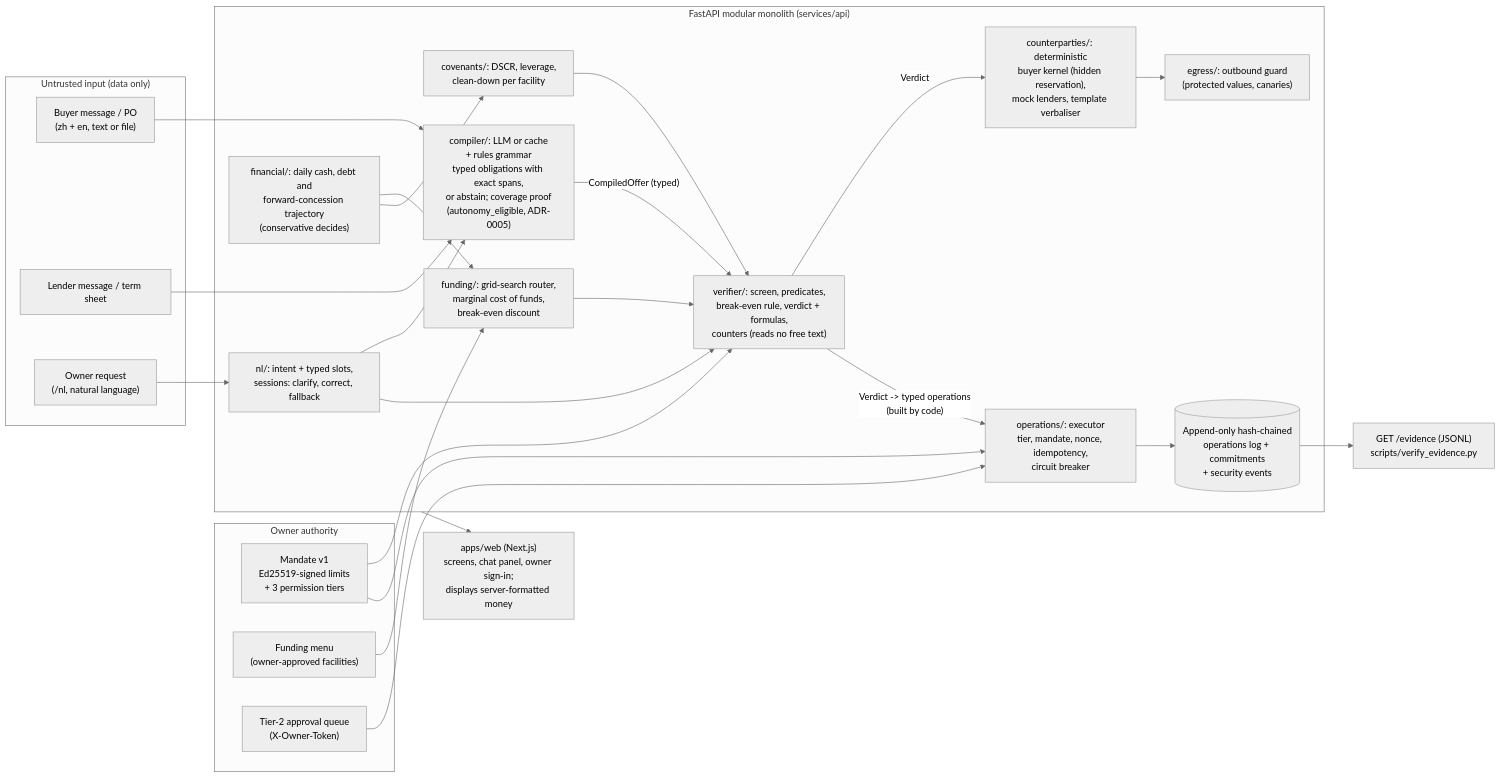
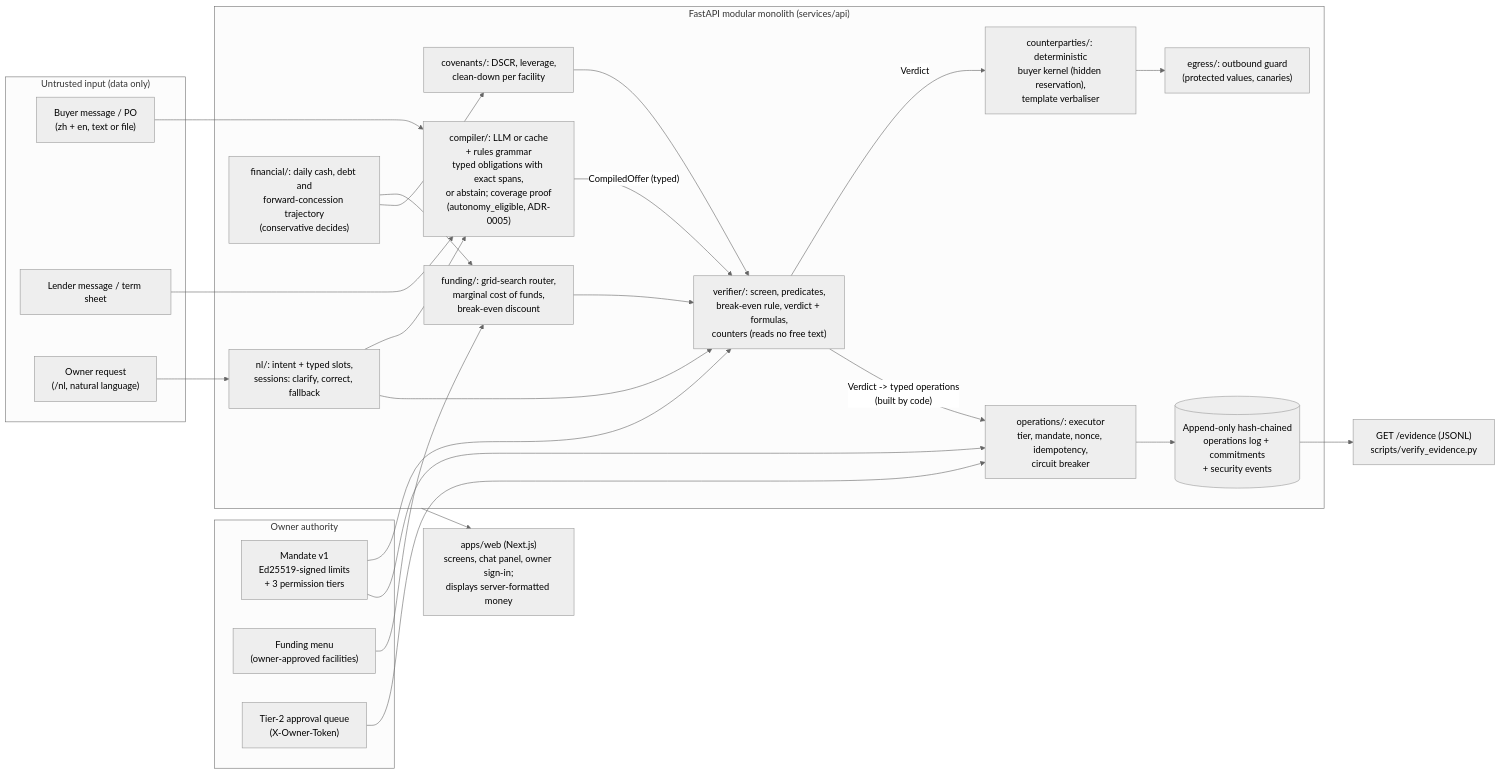
One commit to peachoolongtee/smu2sz changed the diagram in docs/deliverables/architecture.mmd. Above: the diagram before and after it, drawn with Mermaid (neutral theme). The commit also changed 7 other files, not shown here.

Commit message:
Deliverables follow the cash-corrected figures: technical document, deck outline, video script, execution evidence, architecture diagram, docx rebuilt

```diff
--- a/docs/deliverables/architecture.mmd
+++ b/docs/deliverables/architecture.mmd
@@ -1,53 +1,53 @@
 %% TermsLedger v2: system architecture (source for the Technical Document, section 02).
 %% Render: npx -p @mermaid-js/mermaid-cli mmdc -i architecture.mmd -o architecture.png -w 2000
 %% scripts/build_deliverables.py embeds docs/deliverables/architecture.png when it exists;
 %% otherwise it uses the ASCII fallback in technical_document.md.
 flowchart LR
   subgraph Untrusted["Untrusted input (data only)"]
     BUYER["Buyer message / PO<br/>(zh + en, text or file)"]
     LENDER["Lender message / term sheet"]
     OWNERNL["Owner request<br/>(/nl, natural language)"]
   end
 
   subgraph Owner["Owner authority"]
     MANDATE["Mandate v1<br/>Ed25519-signed limits<br/>+ 3 permission tiers"]
     MENU["Funding menu<br/>(owner-approved facilities)"]
     APPROVE["Tier-2 approval queue<br/>(X-Owner-Token)"]
   end
 
   subgraph API["FastAPI modular monolith (services/api)"]
     NL["nl/: intent + typed slots,<br/>sessions: clarify, correct, fallback"]
     COMPILER["compiler/: LLM or cache<br/>+ rules grammar<br/>typed obligations with exact spans,<br/>or abstain; coverage proof<br/>(autonomy_eligible, ADR-0005)"]
     ENGINE["financial/: daily cash, debt and<br/>forward-concession trajectory<br/>(conservative decides)"]
     ROUTER["funding/: grid-search router,<br/>marginal cost of funds,<br/>break-even discount"]
     COV["covenants/: DSCR, leverage,<br/>clean-down per facility"]
     VERIFIER["verifier/: screen, predicates,<br/>break-even rule, verdict + formulas,<br/>counters (reads no free text)"]
-    KERNEL["counterparties/: deterministic<br/>buyer kernel (hidden reservation),<br/>mock lenders, template verbaliser"]
+    KERNEL["counterparties/: deterministic<br/>buyer kernel (hidden reservation),<br/>template verbaliser"]
     EXEC["operations/: executor<br/>tier, mandate, nonce, idempotency,<br/>circuit breaker"]
     EGRESS["egress/: outbound guard<br/>(protected values, canaries)"]
     LOG[("Append-only hash-chained<br/>operations log + commitments<br/>+ security events")]
   end
 
   EVID["GET /evidence (JSONL)<br/>scripts/verify_evidence.py"]
   WEB["apps/web (Next.js)<br/>screens, chat panel, owner sign-in;<br/>displays server-formatted money"]
 
   BUYER --> COMPILER
   LENDER --> COMPILER
   OWNERNL --> NL
   NL --> COMPILER
   NL --> VERIFIER
   COMPILER -->|"CompiledOffer (typed)"| VERIFIER
   MANDATE --> VERIFIER
   MENU --> ROUTER
   ENGINE --> ROUTER
   ENGINE --> COV
   ROUTER --> VERIFIER
   COV --> VERIFIER
   VERIFIER -->|"Verdict"| KERNEL
   VERIFIER -->|"Verdict -> typed operations<br/>(built by code)"| EXEC
   KERNEL --> EGRESS
   EXEC --> LOG
   APPROVE --> EXEC
   MANDATE --> EXEC
   LOG --> EVID
   API --> WEB
```
